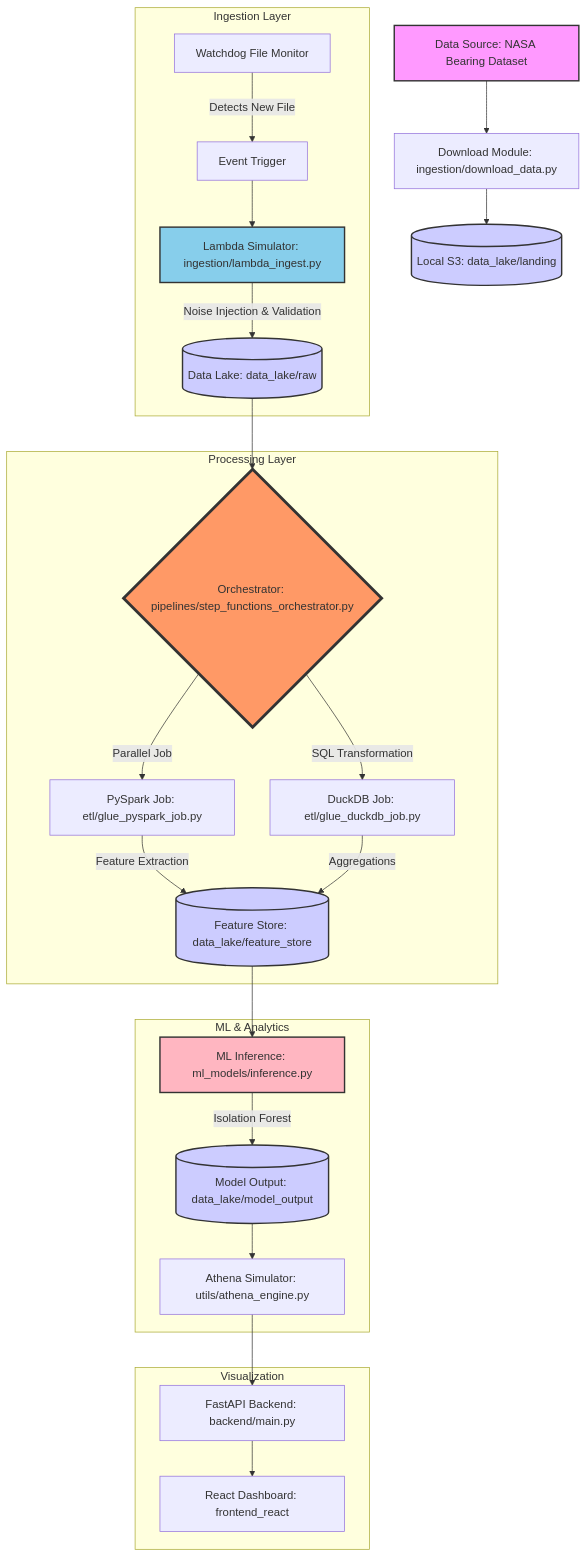
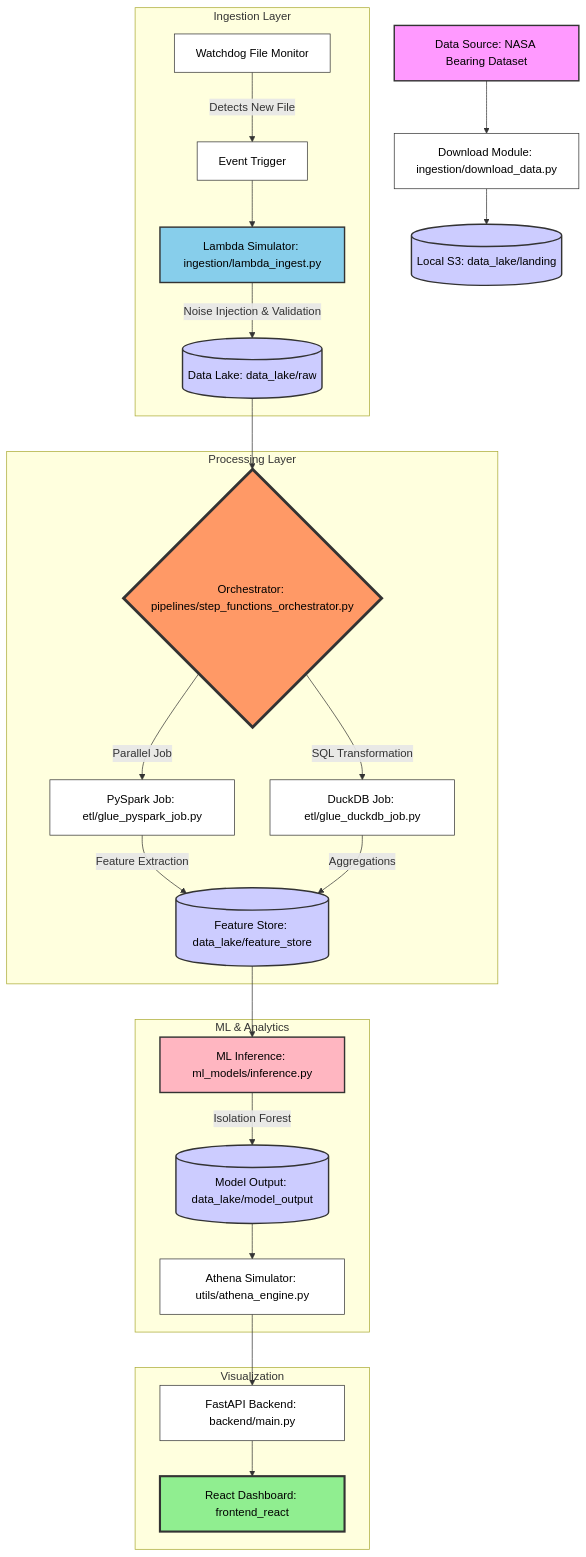
Before and after one commit to Aftab0904/Pulse-Ops-Industrial-ETL-and-Anomaly-Detection-Platform: the diagram in README.md, drawn with Mermaid. The commit also changed other lines of this file, not shown here.

Commit message:
updated architecture

````diff
--- a/README.md
+++ b/README.md
@@ -22,40 +31,48 @@
 ```mermaid
 graph TD
     Start[Data Source: NASA Bearing Dataset] --> Download[Download Module: ingestion/download_data.py]
     Download --> RawStorage[(Local S3: data_lake/landing)]
     
     subgraph Ingestion Layer
         Watcher[Watchdog File Monitor] --> |Detects New File| Trigger[Event Trigger]
         Trigger --> Lambda[Lambda Simulator: ingestion/lambda_ingest.py]
         Lambda --> |Noise Injection & Validation| CleanRaw[(Data Lake: data_lake/raw)]
     end
 
     subgraph Processing Layer
         CleanRaw --> Orchestrator{Orchestrator: pipelines/step_functions_orchestrator.py}
         Orchestrator --> |Parallel Job| PySparkJob[PySpark Job: etl/glue_pyspark_job.py]
         Orchestrator --> |SQL Transformation| DuckDBJob[DuckDB Job: etl/glue_duckdb_job.py]
         PySparkJob --> |Feature Extraction| FeatureStore[(Feature Store: data_lake/feature_store)]
         DuckDBJob --> |Aggregations| FeatureStore
     end
 
     subgraph ML & Analytics
         FeatureStore --> Inference[ML Inference: ml_models/inference.py]
         Inference --> |Isolation Forest| AnomalyStore[(Model Output: data_lake/model_output)]
         AnomalyStore --> Athena[Athena Simulator: utils/athena_engine.py]
     end
 
     subgraph Visualization
         Athena --> Backend[FastAPI Backend: backend/main.py]
         Backend --> Frontend[React Dashboard: frontend_react]
     end
 
-    %% Node Styling
-    style Start fill:#f9f,stroke:#333,stroke-width:2px
-    style RawStorage fill:#ccf,stroke:#333,stroke-width:2px
-    style CleanRaw fill:#ccf,stroke:#333,stroke-width:2px
-    style FeatureStore fill:#ccf,stroke:#333,stroke-width:2px
-    style AnomalyStore fill:#ccf,stroke:#333,stroke-width:2px
-    style Orchestrator fill:#f96,stroke:#333,stroke-width:4px
-    style Lambda fill:#87CEEB,stroke:#333,stroke-width:2px
-    style Inference fill:#FFB6C1,stroke:#333,stroke-width:2px
+    %% Node Styling for maximum visibility
+    style Start fill:#f9f,stroke:#333,stroke-width:2px,color:#000
+    style Download fill:#fff,stroke:#333,stroke-width:1px,color:#000
+    style RawStorage fill:#ccf,stroke:#333,stroke-width:2px,color:#000
+    style Watcher fill:#fff,stroke:#333,stroke-width:1px,color:#000
+    style Trigger fill:#fff,stroke:#333,stroke-width:1px,color:#000
+    style Lambda fill:#87CEEB,stroke:#333,stroke-width:2px,color:#000
+    style CleanRaw fill:#ccf,stroke:#333,stroke-width:2px,color:#000
+    style Orchestrator fill:#f96,stroke:#333,stroke-width:4px,color:#000
+    style PySparkJob fill:#fff,stroke:#333,stroke-width:1px,color:#000
+    style DuckDBJob fill:#fff,stroke:#333,stroke-width:1px,color:#000
+    style FeatureStore fill:#ccf,stroke:#333,stroke-width:2px,color:#000
+    style Inference fill:#FFB6C1,stroke:#333,stroke-width:2px,color:#000
+    style AnomalyStore fill:#ccf,stroke:#333,stroke-width:2px,color:#000
+    style Athena fill:#fff,stroke:#333,stroke-width:1px,color:#000
+    style Backend fill:#fff,stroke:#333,stroke-width:1px,color:#000
+    style Frontend fill:#90EE90,stroke:#333,stroke-width:3px,color:#000
 ```
````
